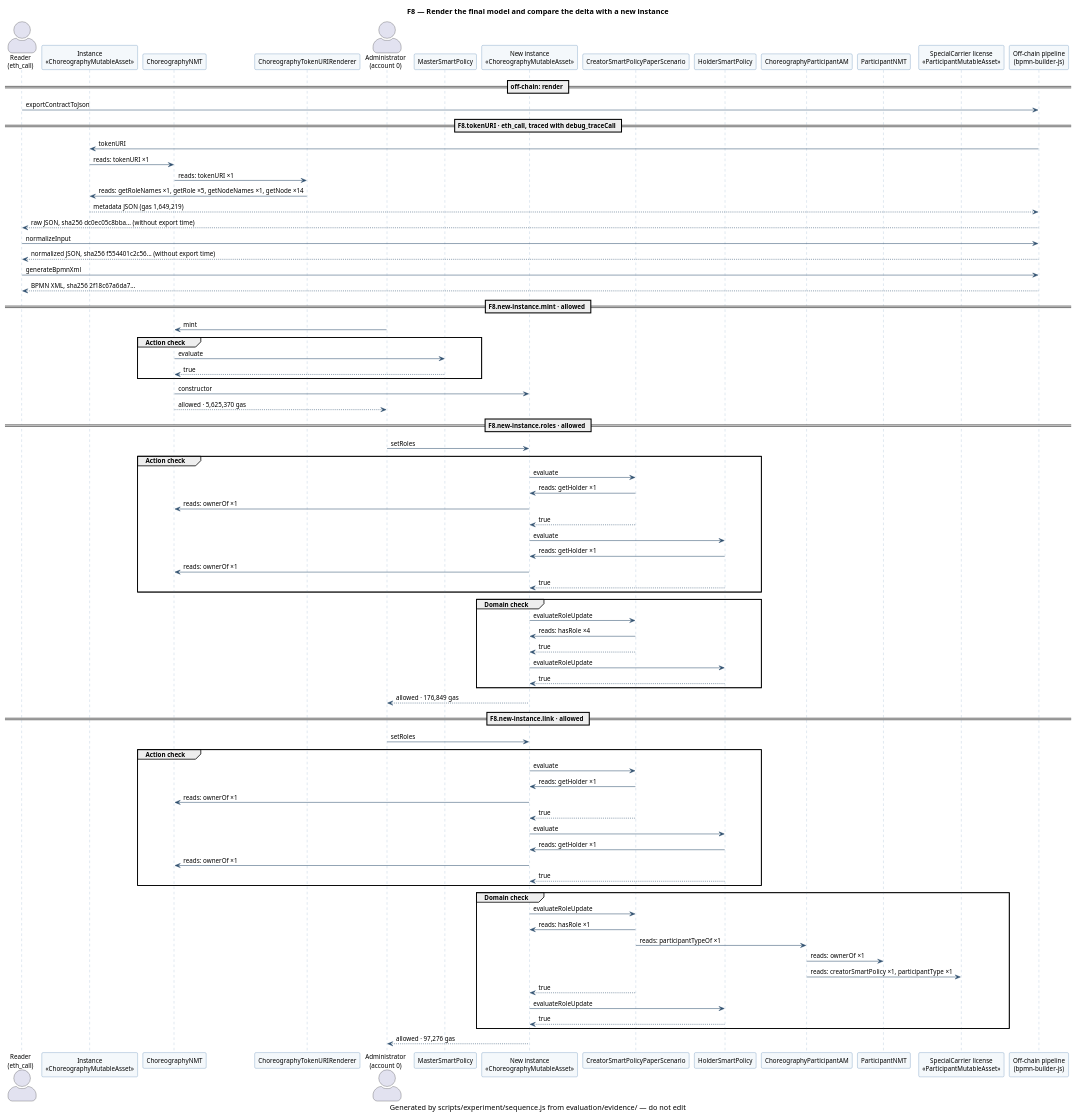
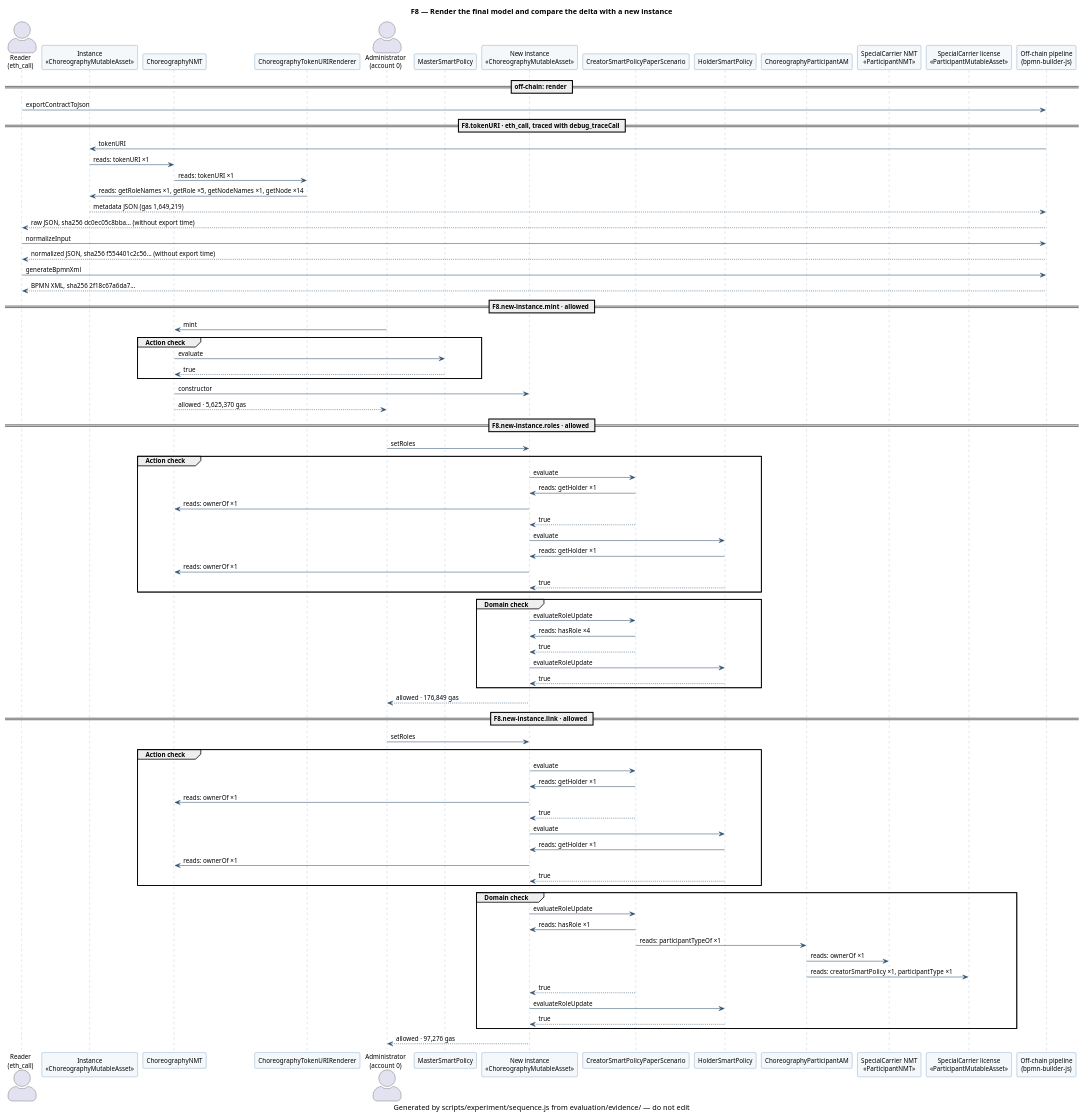
Before and after one commit to d0na/ChorNMT: the diagram in evaluation/evidence/uml/F8.puml, drawn with PlantUML. The commit also changed 68 other files, not shown here.

First line of the commit message:
refactor: mint licenses with mint on one participant nmt per type

```diff
--- a/evaluation/evidence/uml/F8.puml
+++ b/evaluation/evidence/uml/F8.puml
@@ -1,101 +1,101 @@
 @startuml F8
 ' Shared style of the ChorNMT UML diagrams.
 skinparam shadowing false
 skinparam defaultFontName Helvetica
 skinparam defaultFontSize 12
 skinparam actorStyle awesome
 skinparam packageStyle rectangle
 skinparam usecase {
   BackgroundColor #F4F8FB
   BorderColor #3A6EA5
 }
 skinparam sequence {
   ParticipantBackgroundColor #F4F8FB
   ParticipantBorderColor #3A6EA5
   LifeLineBorderColor #8AA9C8
   ArrowColor #2F4F6F
 }
 skinparam note {
   BackgroundColor #FFF8DC
   BorderColor #C9A227
 }
 title F8 — Render the final model and compare the delta with a new instance
 caption Generated by scripts/experiment/sequence.js from evaluation/evidence/ — do not edit
 actor "Reader\n(eth_call)" as Reader
-participant "Instance\n<<ChoreographyMutableAsset>>" as C13
+participant "Instance\n<<ChoreographyMutableAsset>>" as C15
 participant "ChoreographyNMT" as C5
 participant "ChoreographyTokenURIRenderer" as C3
 actor "Administrator\n(account 0)" as A0
 participant "MasterSmartPolicy" as C0
-participant "New instance\n<<ChoreographyMutableAsset>>" as C19
-participant "CreatorSmartPolicyPaperScenario" as C12
+participant "New instance\n<<ChoreographyMutableAsset>>" as C21
+participant "CreatorSmartPolicyPaperScenario" as C14
 participant "HolderSmartPolicy" as C2
-participant "ChoreographyParticipantAM" as C11
-participant "ParticipantNMT" as C8
-participant "SpecialCarrier license\n<<ParticipantMutableAsset>>" as C14
+participant "ChoreographyParticipantAM" as C13
+participant "SpecialCarrier NMT\n<<ParticipantNMT>>" as C8
+participant "SpecialCarrier license\n<<ParticipantMutableAsset>>" as C16
 participant "Off-chain pipeline\n(bpmn-builder-js)" as OffChain
 == off-chain: render ==
 Reader -> OffChain : exportContractToJson
 == F8.tokenURI · eth_call, traced with debug_traceCall ==
-OffChain -> C13 : tokenURI
-C13 -> C5 : reads: tokenURI ×1
+OffChain -> C15 : tokenURI
+C15 -> C5 : reads: tokenURI ×1
 C5 -> C3 : reads: tokenURI ×1
-C3 -> C13 : reads: getRoleNames ×1, getRole ×5, getNodeNames ×1, getNode ×14
-C13 --> OffChain : metadata JSON (gas 1,649,219)
+C3 -> C15 : reads: getRoleNames ×1, getRole ×5, getNodeNames ×1, getNode ×14
+C15 --> OffChain : metadata JSON (gas 1,649,219)
 OffChain --> Reader : raw JSON, sha256 dc0ec05c8bba… (without export time)
 Reader -> OffChain : normalizeInput
 OffChain --> Reader : normalized JSON, sha256 f554401c2c56… (without export time)
 Reader -> OffChain : generateBpmnXml
 OffChain --> Reader : BPMN XML, sha256 2f18c67a6da7…
 == F8.new-instance.mint · allowed ==
 A0 -> C5 : mint
 group Action check
 C5 -> C0 : evaluate
 C0 --> C5 : true
 end
-C5 -> C19 : constructor
+C5 -> C21 : constructor
 C5 --> A0 : allowed · 5,625,370 gas
 == F8.new-instance.roles · allowed ==
-A0 -> C19 : setRoles
+A0 -> C21 : setRoles
 group Action check
-C19 -> C12 : evaluate
-C12 -> C19 : reads: getHolder ×1
-C19 -> C5 : reads: ownerOf ×1
-C12 --> C19 : true
-C19 -> C2 : evaluate
-C2 -> C19 : reads: getHolder ×1
-C19 -> C5 : reads: ownerOf ×1
-C2 --> C19 : true
+C21 -> C14 : evaluate
+C14 -> C21 : reads: getHolder ×1
+C21 -> C5 : reads: ownerOf ×1
+C14 --> C21 : true
+C21 -> C2 : evaluate
+C2 -> C21 : reads: getHolder ×1
+C21 -> C5 : reads: ownerOf ×1
+C2 --> C21 : true
 end
 group Domain check
-C19 -> C12 : evaluateRoleUpdate
-C12 -> C19 : reads: hasRole ×4
-C12 --> C19 : true
-C19 -> C2 : evaluateRoleUpdate
-C2 --> C19 : true
+C21 -> C14 : evaluateRoleUpdate
+C14 -> C21 : reads: hasRole ×4
+C14 --> C21 : true
+C21 -> C2 : evaluateRoleUpdate
+C2 --> C21 : true
 end
-C19 --> A0 : allowed · 176,849 gas
+C21 --> A0 : allowed · 176,849 gas
 == F8.new-instance.link · allowed ==
-A0 -> C19 : setRoles
+A0 -> C21 : setRoles
 group Action check
-C19 -> C12 : evaluate
-C12 -> C19 : reads: getHolder ×1
-C19 -> C5 : reads: ownerOf ×1
-C12 --> C19 : true
-C19 -> C2 : evaluate
-C2 -> C19 : reads: getHolder ×1
-C19 -> C5 : reads: ownerOf ×1
-C2 --> C19 : true
+C21 -> C14 : evaluate
+C14 -> C21 : reads: getHolder ×1
+C21 -> C5 : reads: ownerOf ×1
+C14 --> C21 : true
+C21 -> C2 : evaluate
+C2 -> C21 : reads: getHolder ×1
+C21 -> C5 : reads: ownerOf ×1
+C2 --> C21 : true
 end
 group Domain check
-C19 -> C12 : evaluateRoleUpdate
-C12 -> C19 : reads: hasRole ×1
-C12 -> C11 : reads: participantTypeOf ×1
-C11 -> C8 : reads: ownerOf ×1
-C11 -> C14 : reads: creatorSmartPolicy ×1, participantType ×1
-C12 --> C19 : true
-C19 -> C2 : evaluateRoleUpdate
-C2 --> C19 : true
+C21 -> C14 : evaluateRoleUpdate
+C14 -> C21 : reads: hasRole ×1
+C14 -> C13 : reads: participantTypeOf ×1
+C13 -> C8 : reads: ownerOf ×1
+C13 -> C16 : reads: creatorSmartPolicy ×1, participantType ×1
+C14 --> C21 : true
+C21 -> C2 : evaluateRoleUpdate
+C2 --> C21 : true
 end
-C19 --> A0 : allowed · 97,276 gas
+C21 --> A0 : allowed · 97,276 gas
 @enduml
```
